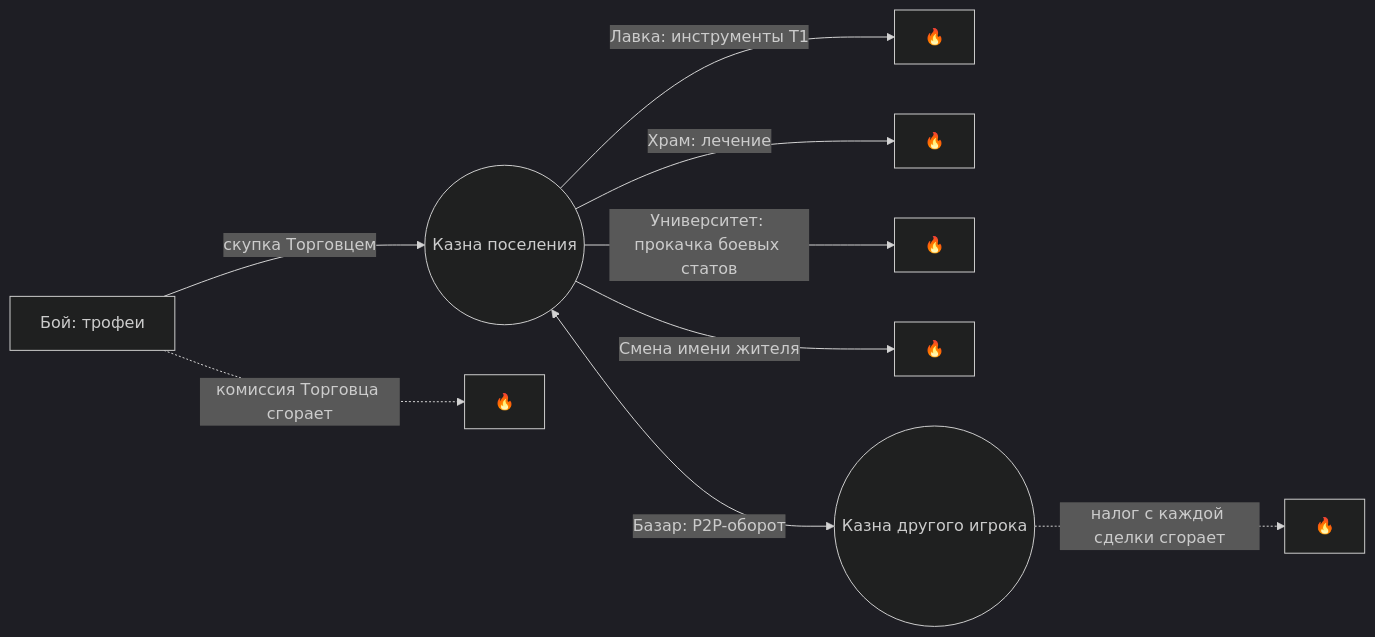
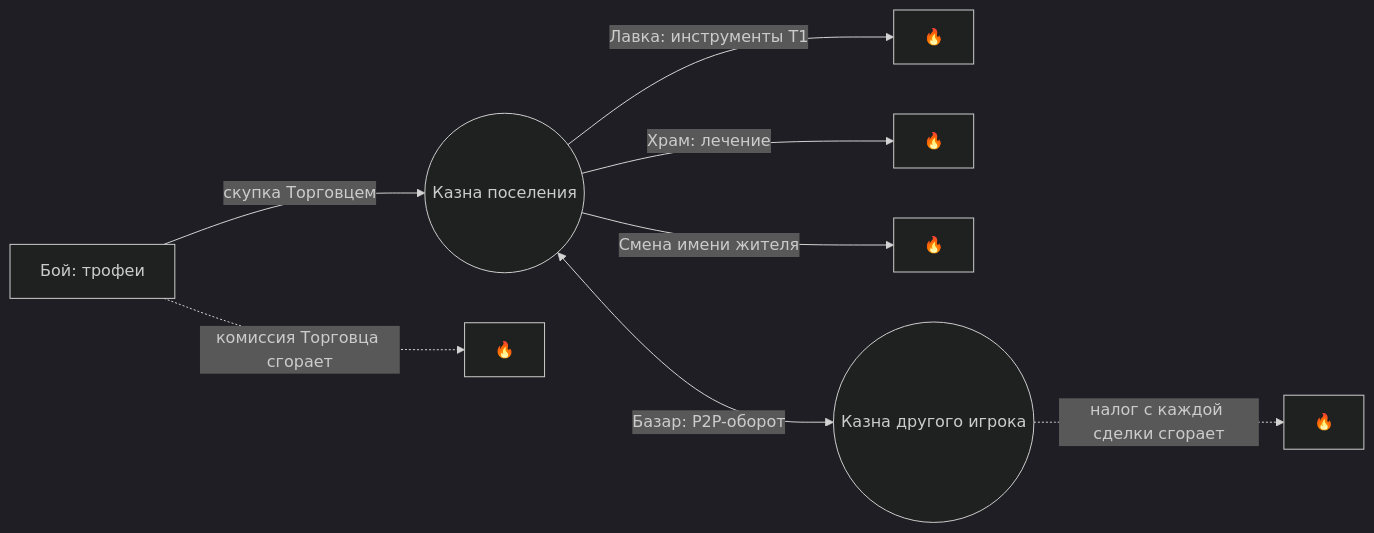
Before and after one commit to ITrubnikov/Train_of_Thought-Cognopolis-wiki: the diagram in docs/03-системы/экономика-и-базар.md, drawn with Mermaid (dark theme). The commit also changed other lines of this file and 5 other files, not shown here.

First line of the commit message:
docs: витрина догнала вывод покупки боевых статов

````diff
--- a/docs/03-системы/экономика-и-базар.md
+++ b/docs/03-системы/экономика-и-базар.md
@@ -17,11 +17,10 @@
 ```mermaid
 flowchart LR
     B[Бой: трофеи] -->|скупка Торговцем| T((Казна поселения))
     B -.->|комиссия Торговца сгорает| X1[🔥]
     T -->|Лавка: инструменты T1| X2[🔥]
     T -->|Храм: лечение| X3[🔥]
-    T -->|Университет: прокачка боевых статов| X5[🔥]
     T -->|Смена имени жителя| X6[🔥]
     T <-->|Базар: P2P-оборот| T2((Казна другого игрока))
     T2 -.->|налог с каждой сделки сгорает| X4[🔥]
 ```
````
